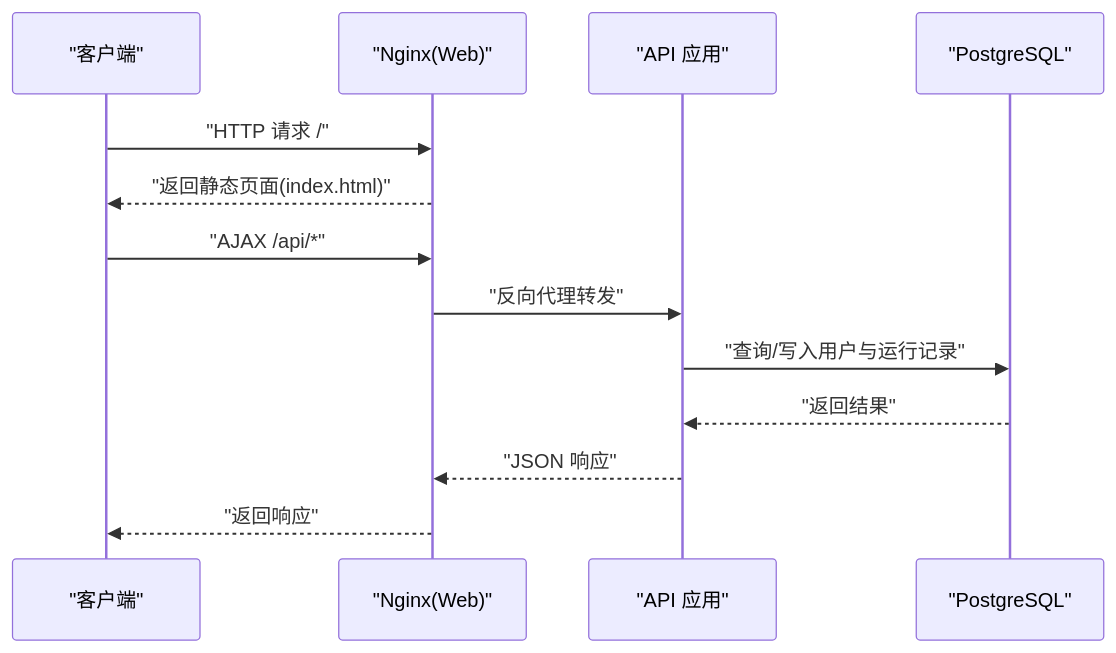
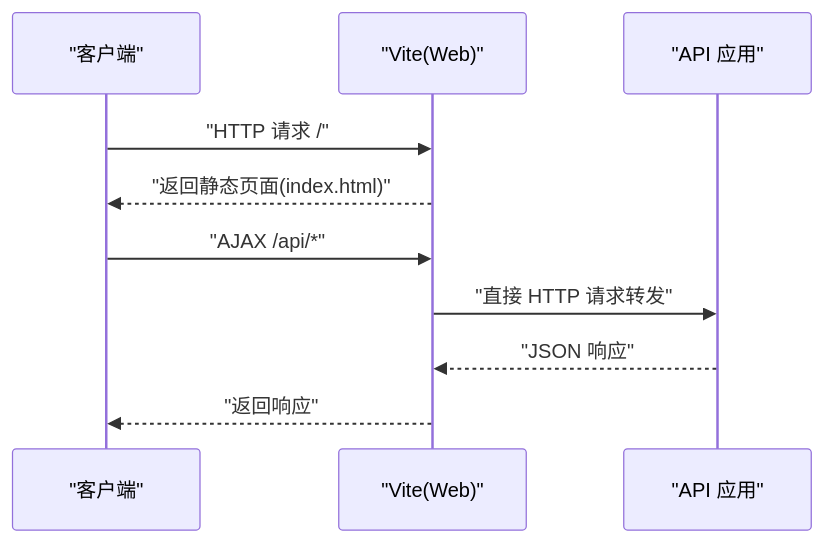
One commit to hanksd769-droid/sailshub changed the second of 4 diagrams in .qoder/repowiki/zh/content/部署与运维/部署与运维.md. Above: the diagram before and after it, drawn with Mermaid. The commit also changed other lines of this file and 6 other files, not shown here.

````diff
--- a/.qoder/repowiki/zh/content/部署与运维/部署与运维.md
+++ b/.qoder/repowiki/zh/content/部署与运维/部署与运维.md
@@ -103,15 +88,12 @@
 ```mermaid
 sequenceDiagram
 participant C as "客户端"
-participant N as "Nginx(Web)"
+participant W as "Vite(Web)"
 participant A as "API 应用"
-participant P as "PostgreSQL"
-C->>N : "HTTP 请求 /"
-N-->>C : "返回静态页面(index.html)"
-C->>N : "AJAX /api/*"
-N->>A : "反向代理转发"
-A->>P : "查询/写入用户与运行记录"
-P-->>A : "返回结果"
-A-->>N : "JSON 响应"
-N-->>C : "返回响应"
+C->>W : "HTTP 请求 /"
+W-->>C : "返回静态页面(index.html)"
+C->>W : "AJAX /api/*"
+W->>A : "直接 HTTP 请求转发"
+A-->>W : "JSON 响应"
+W-->>C : "返回响应"
 ```
````
